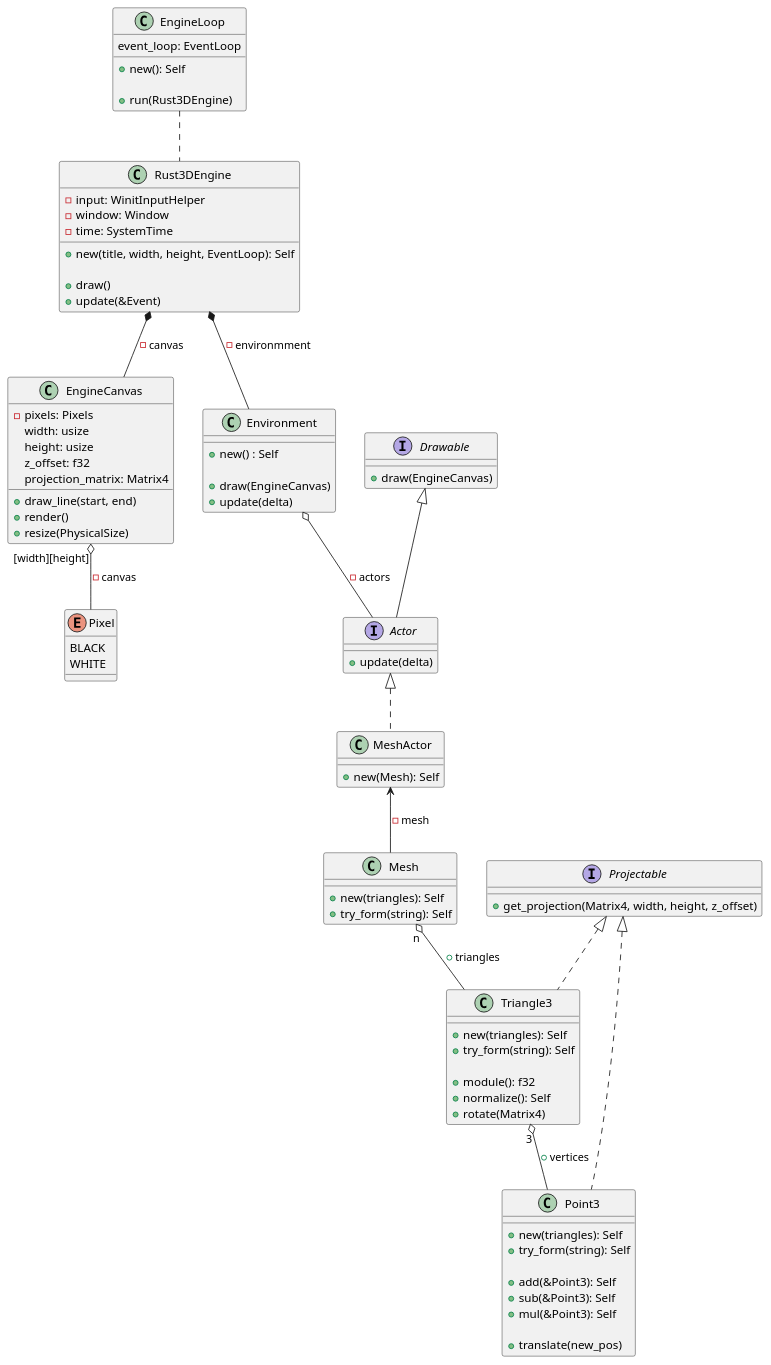
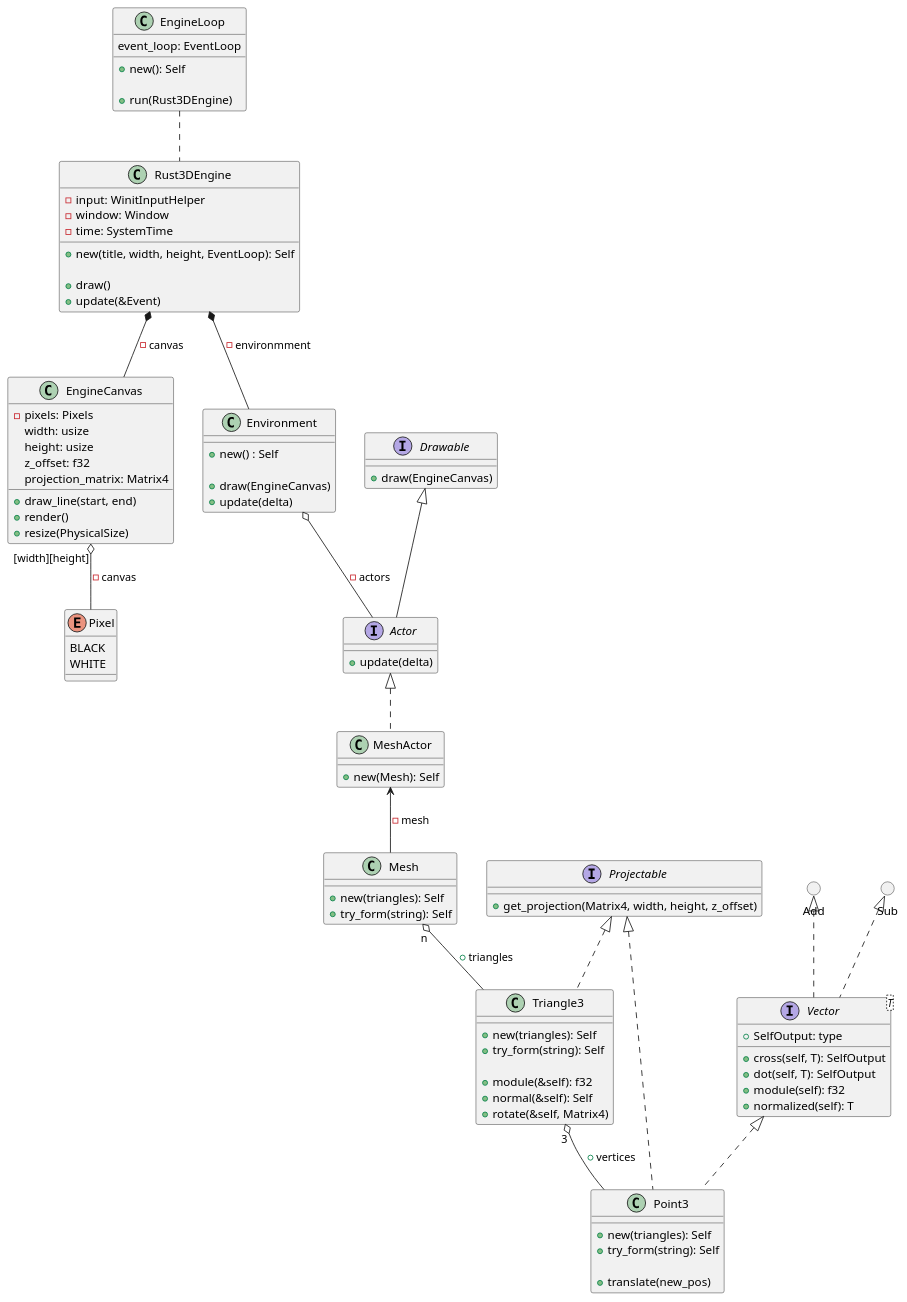
The diagram in doc/class.puml (kriogenia/ferrux_engine), drawn with PlantUML before and after one commit. The commit also changed 5 other files, not shown here.

```diff
--- a/doc/class.puml
+++ b/doc/class.puml
@@ -1,101 +1,112 @@
 @startuml
 'https://plantuml.com/class-diagram
 
 class EngineLoop {
     event_loop: EventLoop
 
     + new(): Self
 
     + run(Rust3DEngine)
 }
 
 class Rust3DEngine {
     - input: WinitInputHelper
     - window: Window
     - time: SystemTime
 
     + new(title, width, height, EventLoop): Self
 
     + draw()
     + update(&Event)
 }
 
 class EngineCanvas {
 	- pixels: Pixels
 	width: usize
 	height: usize
 	z_offset: f32
 	projection_matrix: Matrix4
 
 	+ draw_line(start, end)
 	+ render()
 	+ resize(PhysicalSize)
 }
 
 enum Pixel {
     BLACK
     WHITE
 }
 
 class Environment {
     + new() : Self
 
     + draw(EngineCanvas)
     + update(delta)
 }
 
 interface Drawable {
     + draw(EngineCanvas)
 }
 
 interface Actor {
     + update(delta)
 }
 
 interface Projectable {
     + get_projection(Matrix4, width, height, z_offset)
 }
 
 class MeshActor {
     + new(Mesh): Self
 }
 
 class Mesh {
     + new(triangles): Self
     + try_form(string): Self
 }
 
 class Triangle3 {
     + new(triangles): Self
     + try_form(string): Self
 
-    + module(): f32
-    + normalize(): Self
-    + rotate(Matrix4)
+    + module(&self): f32
+    + normal(&self): Self
+    + rotate(&self, Matrix4)
+}
+
+interface "Vector<T>" as vector {
+    + SelfOutput: type
+
+    + cross(self, T): SelfOutput
+    + dot(self, T): SelfOutput
+    + module(self): f32
+    + normalized(self): T
 }
 
 class Point3 {
     + new(triangles): Self
     + try_form(string): Self
 
-    + add(&Point3): Self
-    + sub(&Point3): Self
-    + mul(&Point3): Self
-
     + translate(new_pos)
 }
+
+() Add
+() Sub
 
 EngineLoop .. Rust3DEngine
 Rust3DEngine *-- EngineCanvas : -canvas
 Rust3DEngine *-- Environment : -environmment
 EngineCanvas "[width][height]" o-- Pixel : -canvas
 Drawable <|-- Actor
 Environment o-- Actor : -actors
 Actor <|.. MeshActor
 MeshActor <-- Mesh : - mesh
 Mesh "n" o-- Triangle3 : + triangles
 Triangle3 "3" o-- Point3 : + vertices
 Projectable <|.. Triangle3
 Projectable <|.. Point3
+Add <|.. vector
+Sub <|.. vector
+vector <|.. Point3
 
 @enduml
```
